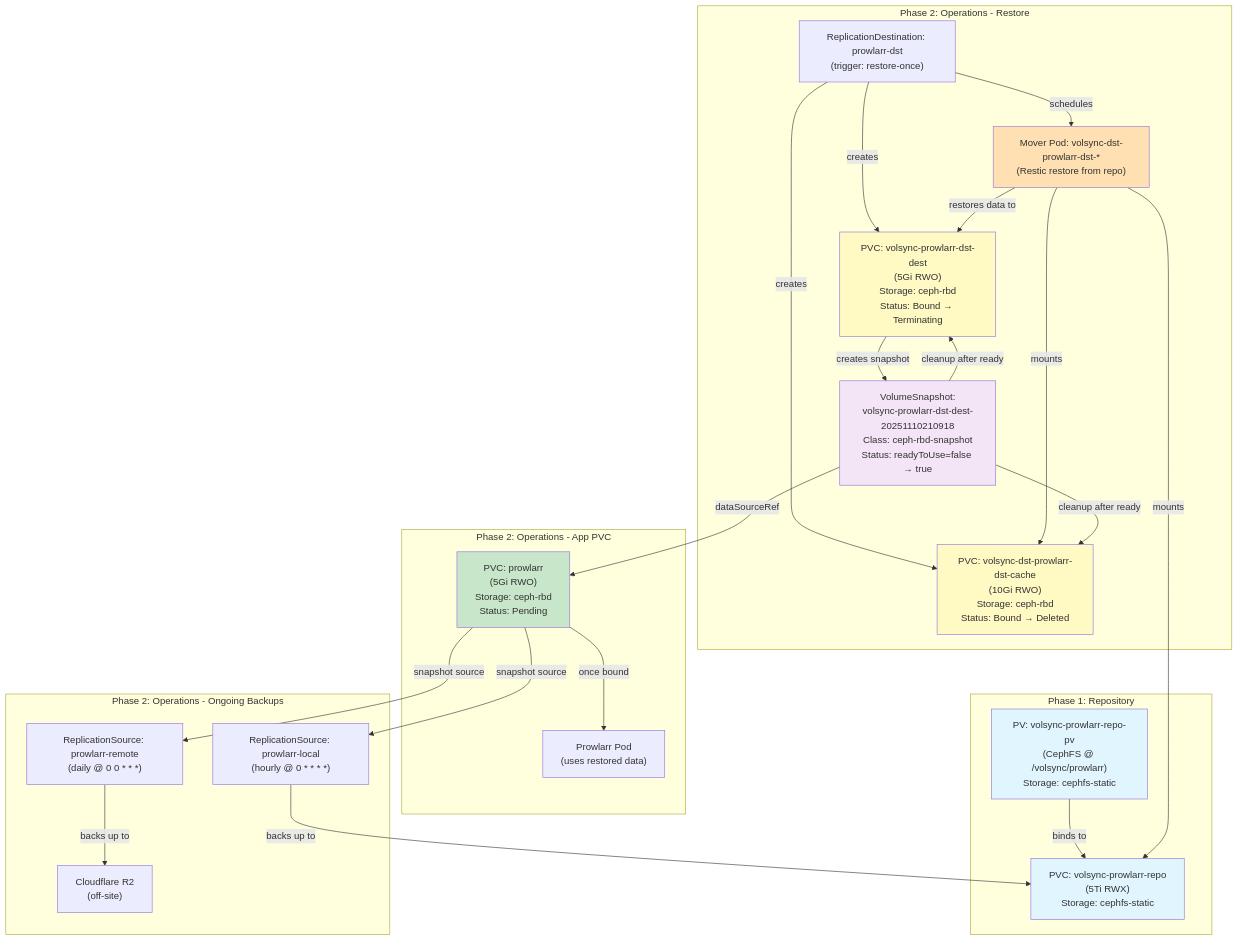
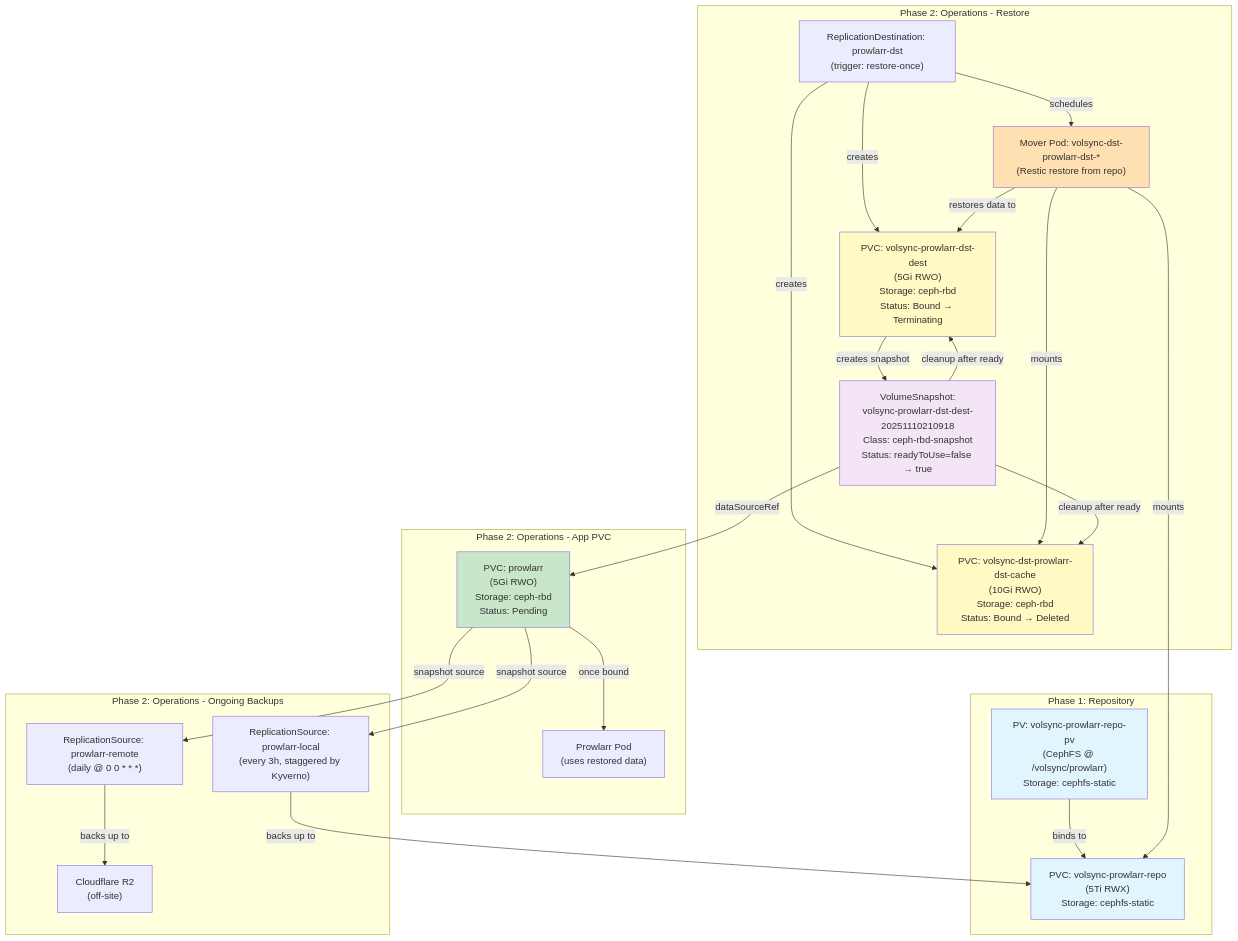
The diagram in kubernetes/flux/components/volsync/ARCHITECTURE.md (dapperdivers/dapper-cluster), drawn with Mermaid before and after one commit. The commit also changed other lines of this file and 10 other files, not shown here.

First line of the commit message:
feat(volsync): back up every 3 hours by default, hourly for five apps

````diff
--- a/kubernetes/flux/components/volsync/ARCHITECTURE.md
+++ b/kubernetes/flux/components/volsync/ARCHITECTURE.md
@@ -7,57 +7,57 @@
 ```mermaid
 graph TB
     subgraph "Phase 1: Repository"
         RepoPV["PV: volsync-prowlarr-repo-pv<br/>(CephFS @ /volsync/prowlarr)<br/>Storage: cephfs-static"]
         RepoPVC["PVC: volsync-prowlarr-repo<br/>(5Ti RWX)<br/>Storage: cephfs-static"]
         RepoPV -->|binds to| RepoPVC
     end
 
     subgraph "Phase 2: Operations - Restore"
         RD["ReplicationDestination: prowlarr-dst<br/>(trigger: restore-once)"]
 
         CachePVC["PVC: volsync-dst-prowlarr-dst-cache<br/>(10Gi RWO)<br/>Storage: ceph-rbd<br/>Status: Bound → Deleted"]
 
         DestPVC["PVC: volsync-prowlarr-dst-dest<br/>(5Gi RWO)<br/>Storage: ceph-rbd<br/>Status: Bound → Terminating"]
 
         MoverPod["Mover Pod: volsync-dst-prowlarr-dst-*<br/>(Restic restore from repo)"]
 
         Snapshot["VolumeSnapshot:<br/>volsync-prowlarr-dst-dest-20251110210918<br/>Class: ceph-rbd-snapshot<br/>Status: readyToUse=false → true"]
 
         RD -->|creates| CachePVC
         RD -->|creates| DestPVC
         RD -->|schedules| MoverPod
         MoverPod -->|mounts| RepoPVC
         MoverPod -->|mounts| CachePVC
         MoverPod -->|restores data to| DestPVC
         DestPVC -->|creates snapshot| Snapshot
         Snapshot -->|cleanup after ready| DestPVC
         Snapshot -->|cleanup after ready| CachePVC
     end
 
     subgraph "Phase 2: Operations - App PVC"
         AppPVC["PVC: prowlarr<br/>(5Gi RWO)<br/>Storage: ceph-rbd<br/>Status: Pending"]
 
         Snapshot -->|dataSourceRef| AppPVC
 
         AppPVC -->|once bound| ProwlarrPod["Prowlarr Pod<br/>(uses restored data)"]
     end
 
     subgraph "Phase 2: Operations - Ongoing Backups"
-        LocalRS["ReplicationSource: prowlarr-local<br/>(hourly @ 0 * * * *)"]
+        LocalRS["ReplicationSource: prowlarr-local<br/>(every 3h, staggered by Kyverno)"]
         RemoteRS["ReplicationSource: prowlarr-remote<br/>(daily @ 0 0 * * *)"]
 
         AppPVC -->|snapshot source| LocalRS
         AppPVC -->|snapshot source| RemoteRS
 
         LocalRS -->|backs up to| RepoPVC
         RemoteRS -->|backs up to| R2["Cloudflare R2<br/>(off-site)"]
     end
 
     style RepoPV fill:#e1f5fe
     style RepoPVC fill:#e1f5fe
     style DestPVC fill:#fff9c4
     style CachePVC fill:#fff9c4
     style Snapshot fill:#f3e5f5
     style AppPVC fill:#c8e6c9
     style MoverPod fill:#ffe0b2
 ```
````
